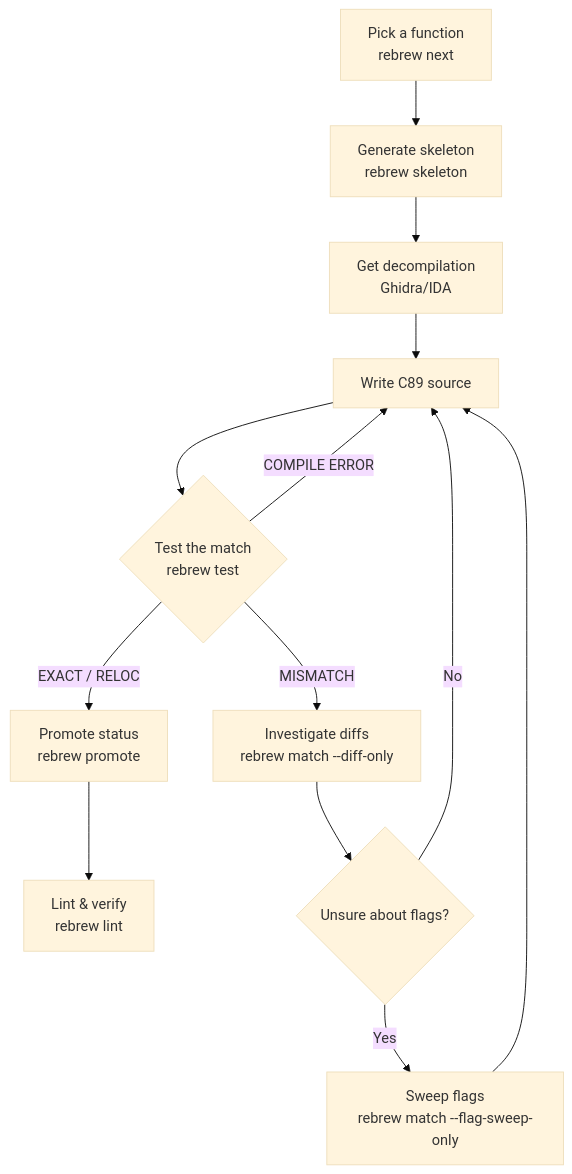
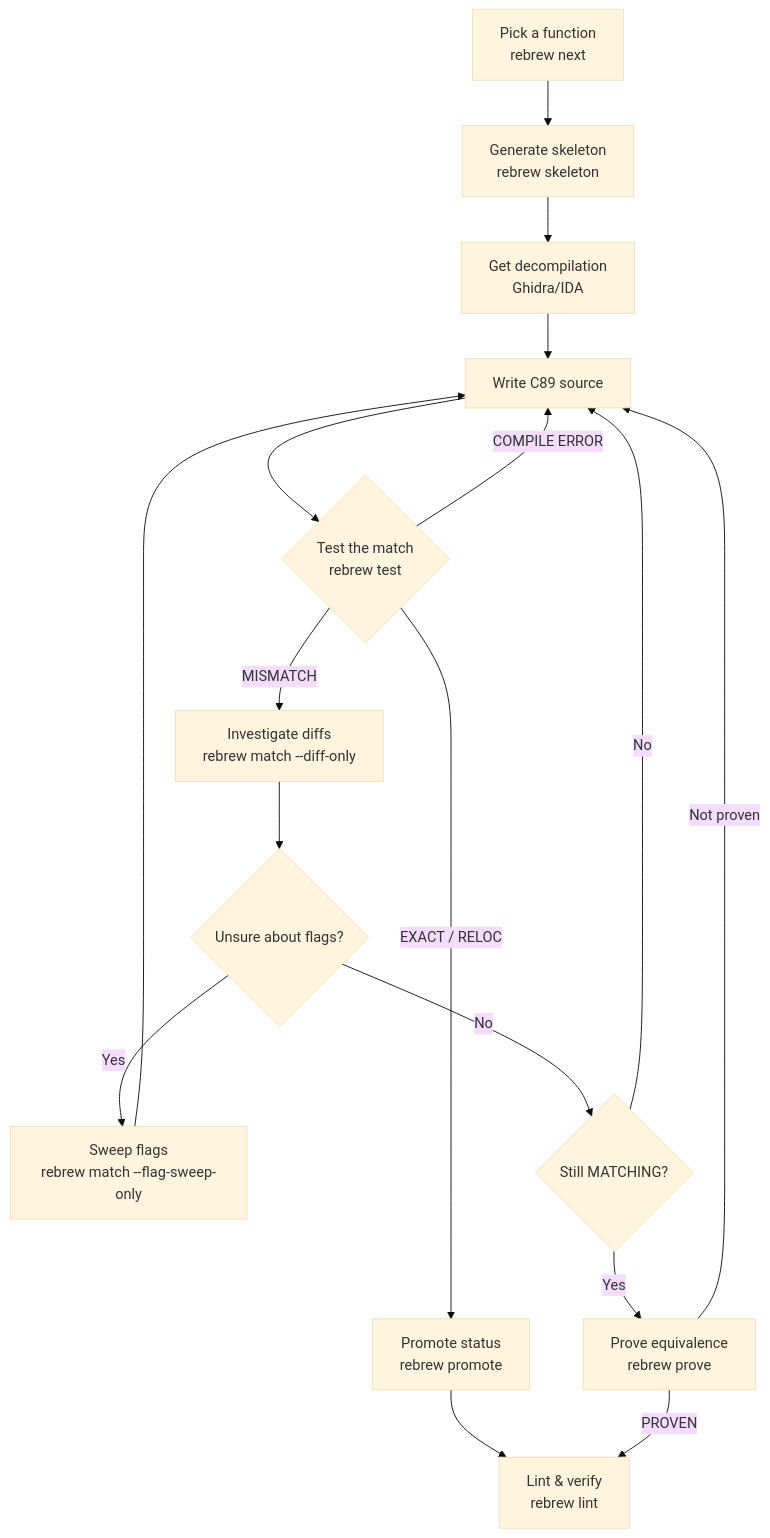
Before and after one commit to maci0/rebrew: the diagram in docs/WORKFLOW.md, drawn with Mermaid (base theme). The commit also changed other lines of this file and 73 other files, not shown here.

First line of the commit message:
feat: add symbolic equivalence prover (rebrew prove) and consolidate CLI conventions

````diff
--- a/docs/WORKFLOW.md
+++ b/docs/WORKFLOW.md
@@ -115,15 +121,19 @@
 ```mermaid
 graph TD
     Pick[Pick a function<br/>rebrew next] --> Gen[Generate skeleton<br/>rebrew skeleton]
     Gen --> Decomp[Get decompilation<br/>Ghidra/IDA]
     Decomp --> Write[Write C89 source]
     Write --> Test{Test the match<br/>rebrew test}
     Test -->|EXACT / RELOC| Promote[Promote status<br/>rebrew promote]
     Test -->|MISMATCH| Diff[Investigate diffs<br/>rebrew match --diff-only]
     Test -->|COMPILE ERROR| Write
     Promote --> Lint[Lint & verify<br/>rebrew lint]
     Diff --> Flags{Unsure about flags?}
     Flags -->|Yes| Sweep[Sweep flags<br/>rebrew match --flag-sweep-only]
     Sweep --> Write
-    Flags -->|No| Write
+    Flags -->|No| Prove{Still MATCHING?}
+    Prove -->|Yes| Symbolic[Prove equivalence<br/>rebrew prove]
+    Symbolic -->|PROVEN| Lint
+    Symbolic -->|Not proven| Write
+    Prove -->|No| Write
 ```
````
